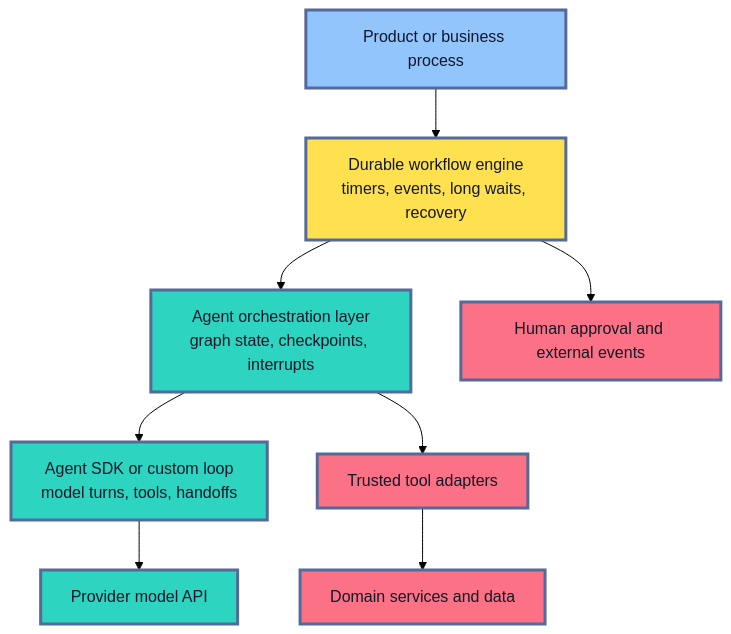
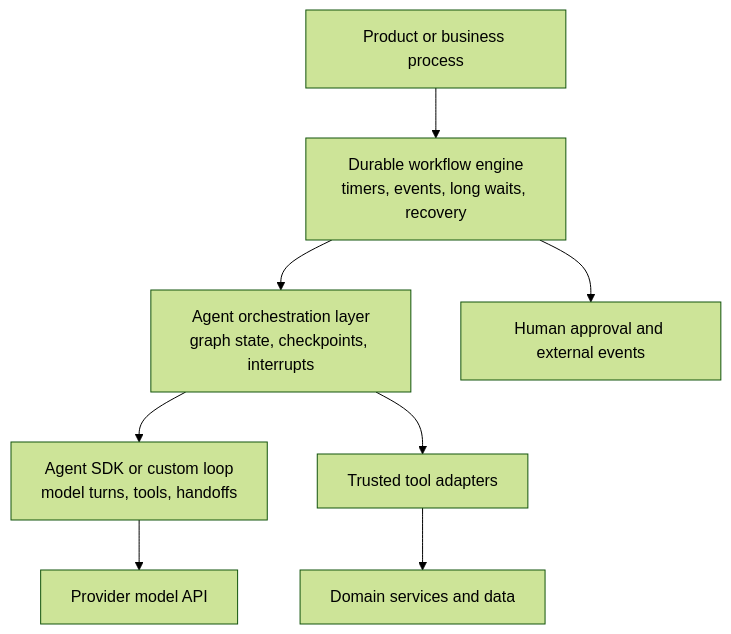
One commit to senlinyy/dev-roadmaps changed diagram 11 of 13 in roadmaps/mlops/modules/llmops/llm-app-foundations/03-workflows-and-agents.md. Above: the diagram before and after it, drawn with Mermaid (forest theme). The commit also changed other lines of this file and 152 other files, not shown here.

Commit message:
feat: mlops and diagrams updated

````diff
--- a/roadmaps/mlops/modules/llmops/llm-app-foundations/03-workflows-and-agents.md
+++ b/roadmaps/mlops/modules/llmops/llm-app-foundations/03-workflows-and-agents.md
@@ -528,19 +503,15 @@
 ```mermaid
 flowchart TD
     A["Product or business process"] --> B["Durable workflow engine<br/>timers, events, long waits, recovery"]
     B --> C["Agent orchestration layer<br/>graph state, checkpoints, interrupts"]
     C --> D["Agent SDK or custom loop<br/>model turns, tools, handoffs"]
     D --> E["Provider model API"]
     C --> F["Trusted tool adapters"]
     F --> G["Domain services and data"]
     B --> H["Human approval and external events"]
 
-    classDef product fill:#93C5FD,stroke:#536A9A,stroke-width:3px,color:#0F172A
-    classDef durable fill:#FFE04F,stroke:#536A9A,stroke-width:3px,color:#111827
-    classDef agent fill:#2DD4BF,stroke:#536A9A,stroke-width:3px,color:#0F172A
-    classDef external fill:#FB7185,stroke:#536A9A,stroke-width:3px,color:#111827
     class A product
     class B durable
     class C,D,E agent
     class F,G,H external
 ```
````
